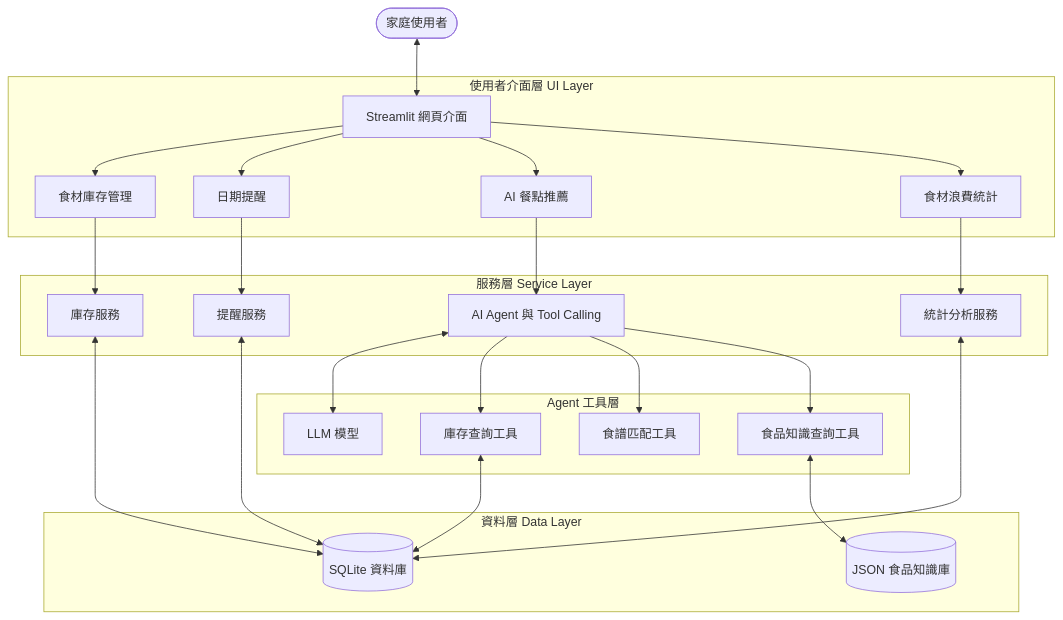
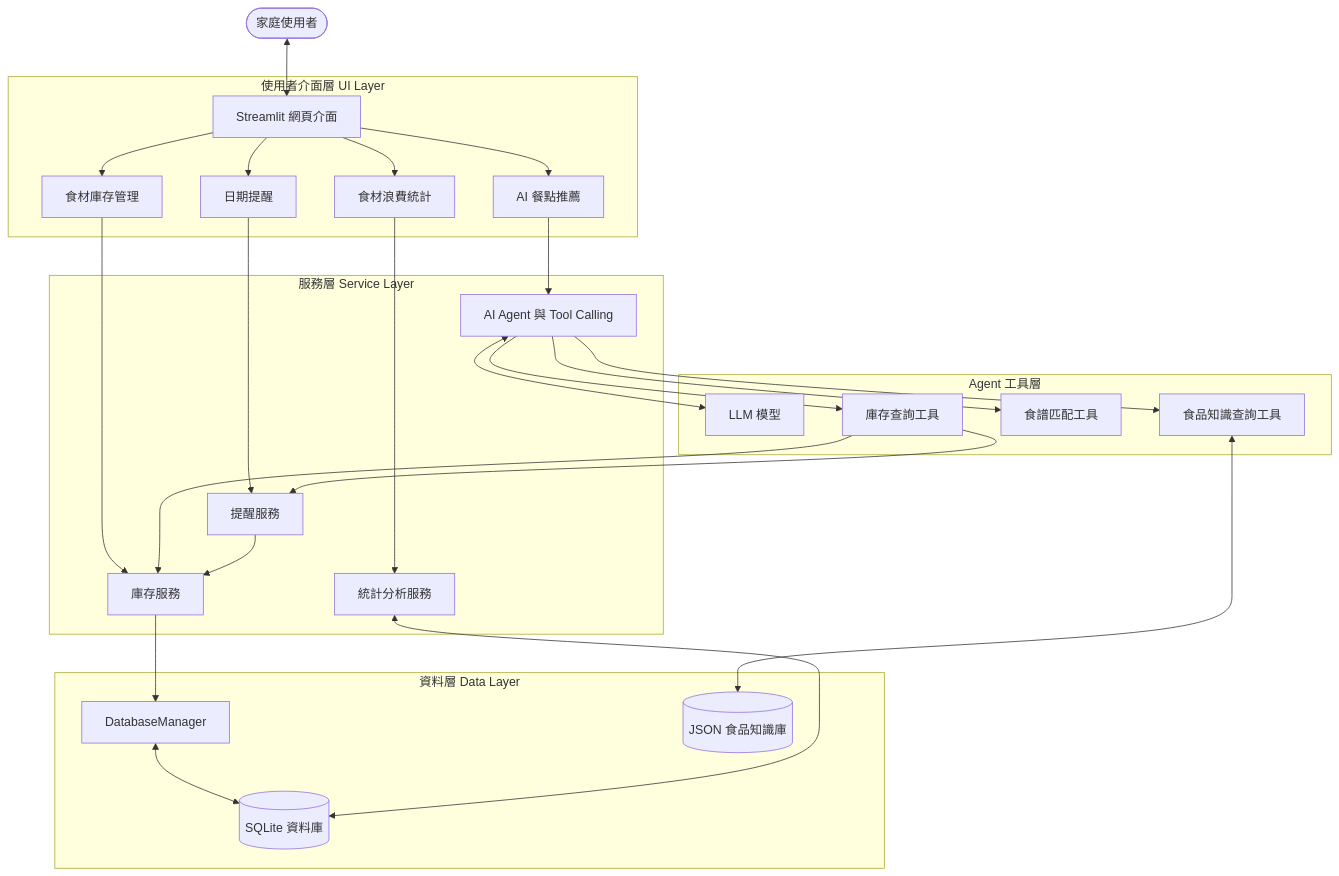
The diagram in README.md (Chen-Fanny/Food-Guardian), drawn with Mermaid before and after one commit. The commit also changed other lines of this file and 27 other files, not shown here.

````diff
--- a/README.md
+++ b/README.md
@@ -62,33 +186,35 @@
 ```mermaid
 flowchart TD
     User([家庭使用者]) <--> UI[Streamlit 網頁介面]
 
     subgraph Presentation[使用者介面層 UI Layer]
         UI --> ViewInv[食材庫存管理]
         UI --> ViewRemind[日期提醒]
         UI --> ViewAgent[AI 餐點推薦]
         UI --> ViewAnalytics[食材浪費統計]
     end
 
     subgraph Services[服務層 Service Layer]
         ViewInv --> SvcInv[庫存服務]
         ViewRemind --> SvcRemind[提醒服務]
         ViewAgent --> AgentCore[AI Agent 與 Tool Calling]
         ViewAnalytics --> SvcAnalytics[統計分析服務]
     end
 
     subgraph Tools[Agent 工具層]
         AgentCore <--> LLM[LLM 模型]
         AgentCore --> ToolInv[庫存查詢工具]
         AgentCore --> ToolRecipe[食譜匹配工具]
         AgentCore --> ToolKB[食品知識查詢工具]
     end
 
     subgraph Data[資料層 Data Layer]
-        SvcInv <--> DB[(SQLite 資料庫)]
-        ToolInv <--> DB
-        SvcRemind <--> DB
+        ToolInv --> SvcInv
+        ToolInv --> SvcRemind
+        SvcRemind --> SvcInv
+        SvcInv --> DBManager[DatabaseManager]
+        DBManager <--> DB[(SQLite 資料庫)]
         SvcAnalytics <--> DB
         ToolKB <--> KB[(JSON 食品知識庫)]
     end
 ```
````
